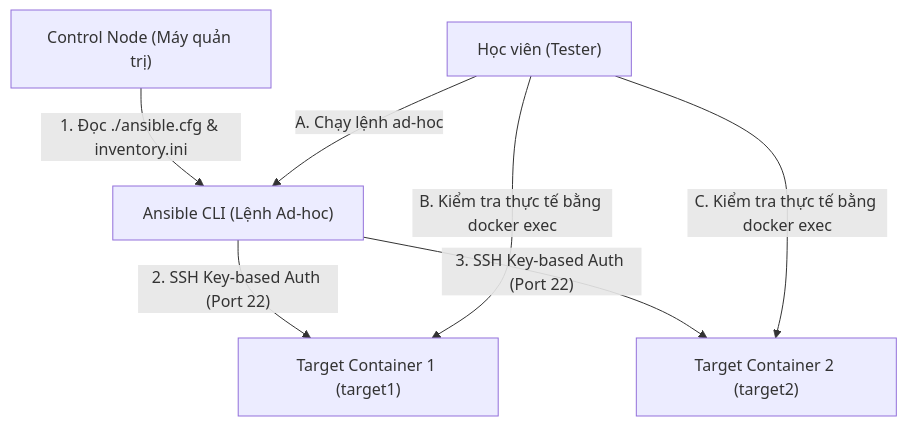
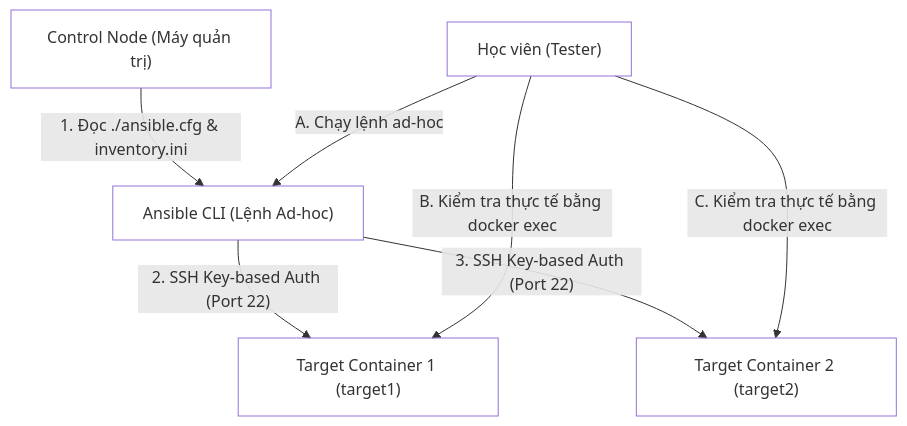
Before and after one commit to kiennt308/ntk: the third of 3 diagrams in _posts/2026-09-13-ansible-02-02-cai-dat-kien-truc-ad-hoc.md, drawn with Mermaid. The commit also changed other lines of this file and 30 other files, not shown here.

````diff
--- a/_posts/2026-09-13-ansible-02-02-cai-dat-kien-truc-ad-hoc.md
+++ b/_posts/2026-09-13-ansible-02-02-cai-dat-kien-truc-ad-hoc.md
@@ -401,10 +419,16 @@
 ```mermaid
 graph TD
     SubGraph1["Control Node (Máy quản trị)"] -->|"1. Đọc ./ansible.cfg & inventory.ini"| CLI["Ansible CLI (Lệnh Ad-hoc)"]
     CLI -->|"2. SSH Key-based Auth (Port 22)"| T1["Target Container 1 (target1)"]
     CLI -->|"3. SSH Key-based Auth (Port 22)"| T2["Target Container 2 (target2)"]
     
     DEV["Học viên (Tester)"] -->|"A. Chạy lệnh ad-hoc"| CLI
     DEV -->|"B. Kiểm tra thực tế bằng docker exec"| T1
     DEV -->|"C. Kiểm tra thực tế bằng docker exec"| T2
+
+    style SubGraph1 fill:none
+    style CLI fill:none
+    style T1 fill:none
+    style T2 fill:none
+    style DEV fill:none
 ```
````
